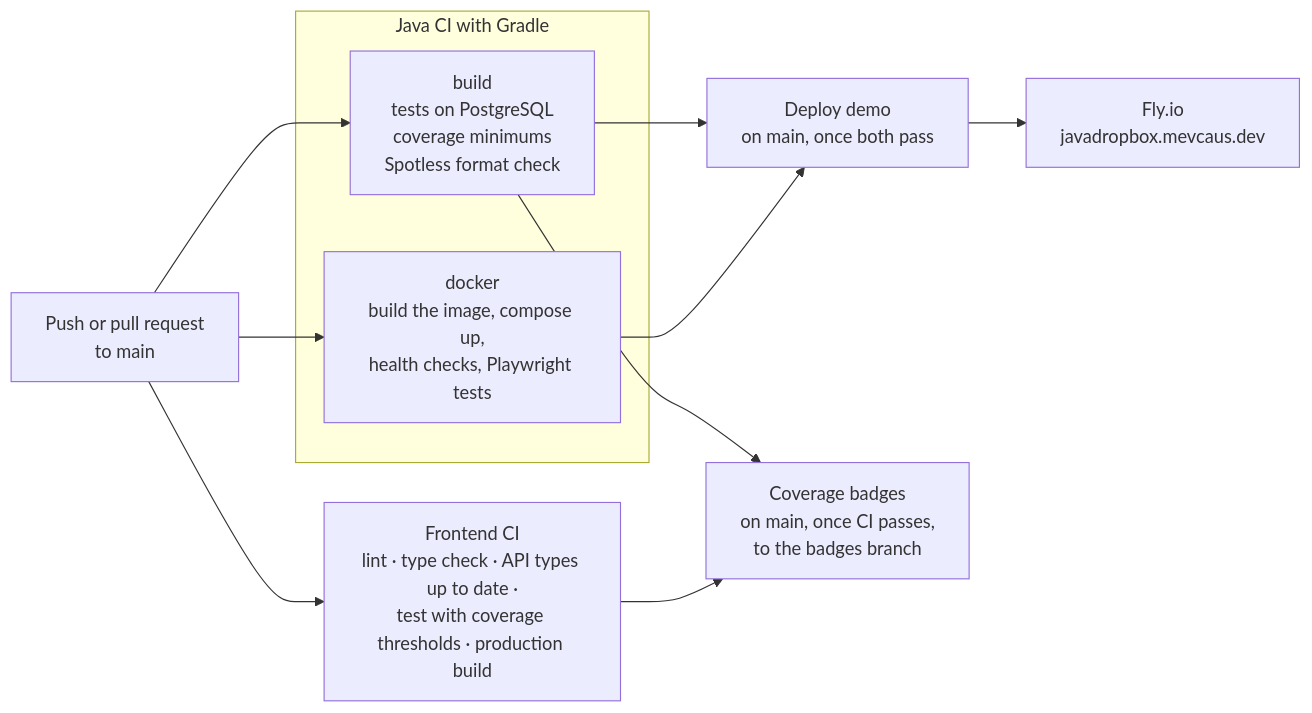
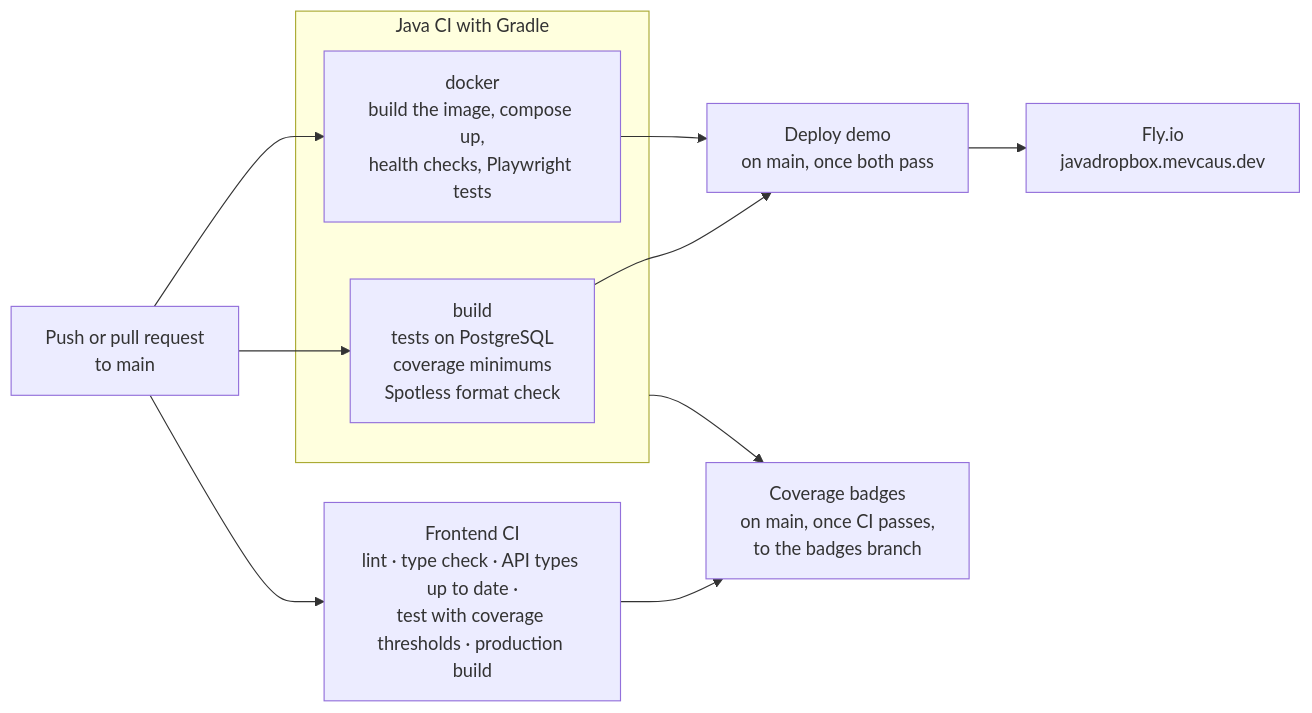
The sixth of 6 diagrams in README.md (mevcaus/JavaDropbox), drawn with Mermaid before and after one commit. The commit also changed 6 other files, not shown here.

````diff
--- a/README.md
+++ b/README.md
@@ -373,15 +373,15 @@
 ```mermaid
 flowchart LR
     Push["Push or pull request<br/>to main"] --> Build & Docker & Frontend
 
     subgraph Gradle["Java CI with Gradle"]
         Build["build<br/>tests on PostgreSQL<br/>coverage minimums<br/>Spotless format check"]
         Docker["docker<br/>build the image, compose up,<br/>health checks, Playwright tests"]
     end
 
     Frontend["Frontend CI<br/>lint · type check · API types up to date ·<br/>test with coverage thresholds · production build"]
 
     Build & Docker --> Deploy["Deploy demo<br/>on main, once both pass"]
     Deploy --> Fly["Fly.io<br/>javadropbox.mevcaus.dev"]
-    Build & Frontend --> Badges["Coverage badges<br/>on main, once CI passes,<br/>to the badges branch"]
+    Gradle & Frontend --> Badges["Coverage badges<br/>on main, once CI passes,<br/>to the badges branch"]
 ```
````
